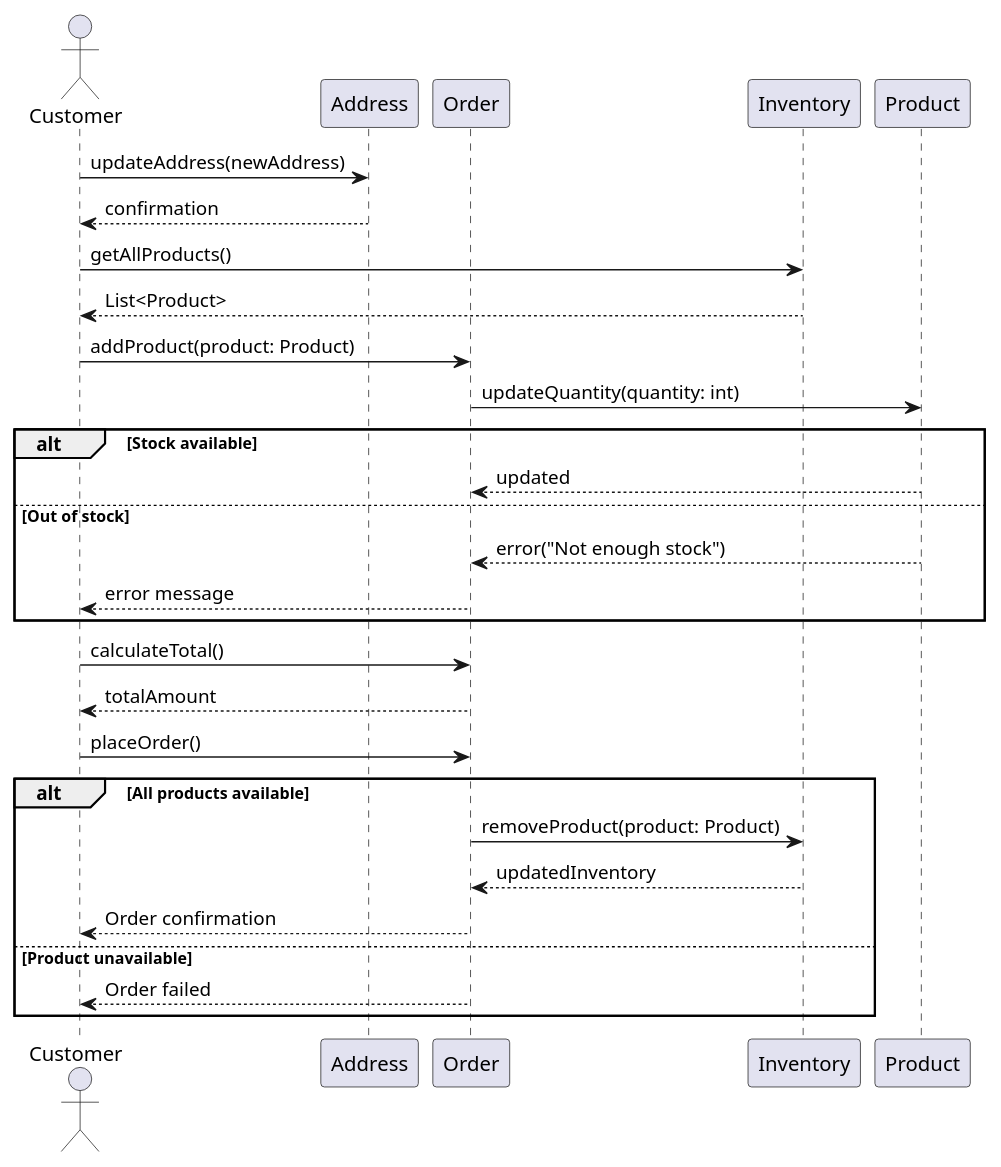
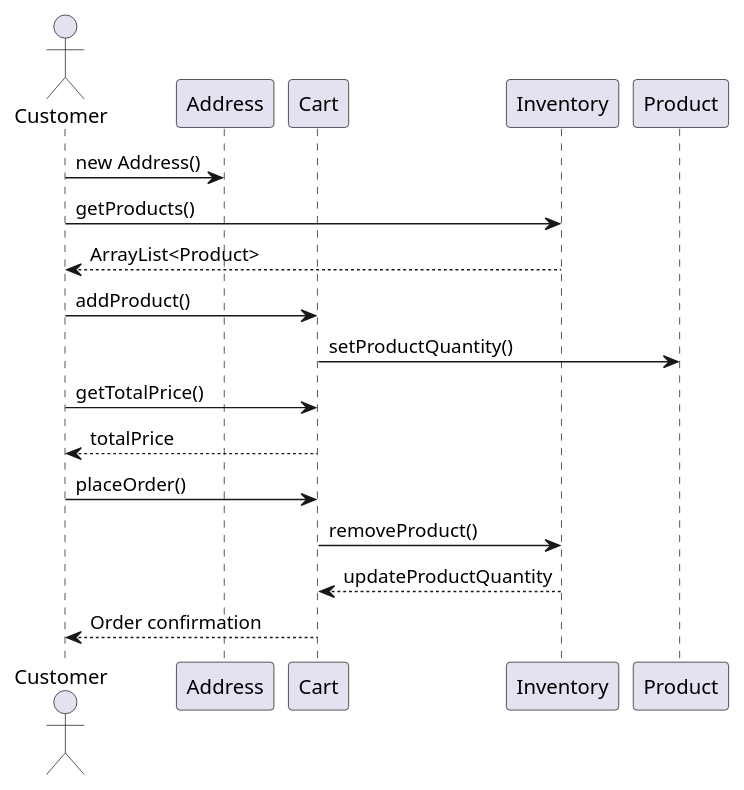
The diagram in Model UML/src/diagram_sekwencji_v3.puml (szczepanikoww/Store_4Spaces), drawn with PlantUML before and after one commit. The commit also changed 7 other files, not shown here.

```diff
--- a/Model UML/src/diagram_sekwencji_v3.puml
+++ b/Model UML/src/diagram_sekwencji_v3.puml
@@ -1,38 +1,29 @@
 @startuml
 actor Customer as c
 participant Address as a
-participant Order as o
+participant Cart as o
 participant Inventory as i
 participant Product as p
 
 ' aktualizacja adresu, tworzenie zamowienia,
 ' blad o braku w magazynie
 
-c -> a : updateAddress(newAddress)
-a --> c : confirmation
+c -> a : new Address()
 
-c -> i : getAllProducts()
-i --> c : List<Product>
+c -> i : getProducts()
+i --> c : ArrayList<Product>
 
-c -> o : addProduct(product: Product)
-o -> p : updateQuantity(quantity: int)
-alt Stock available
-    p --> o : updated
-else Out of stock
-    p --> o : error("Not enough stock")
-    o --> c : error message
-end
+c -> o : addProduct()
+o -> p : setProductQuantity()
 
-c -> o : calculateTotal()
-o --> c : totalAmount
+
+c -> o : getTotalPrice()
+o --> c : totalPrice
 
 c -> o : placeOrder()
-alt All products available
-    o -> i : removeProduct(product: Product)
-    i --> o : updatedInventory
+    o -> i : removeProduct()
+    i --> o : updateProductQuantity
     o --> c : Order confirmation
-else Product unavailable
-    o --> c : Order failed
-end
+
 
 @enduml
```
